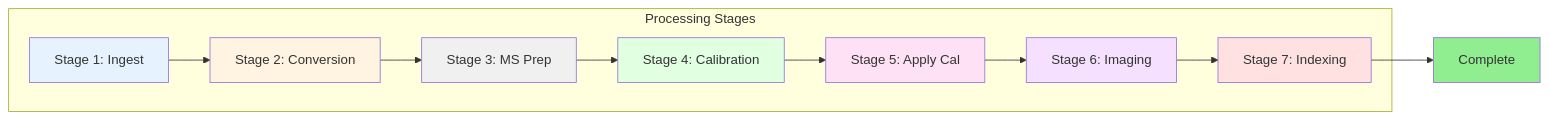
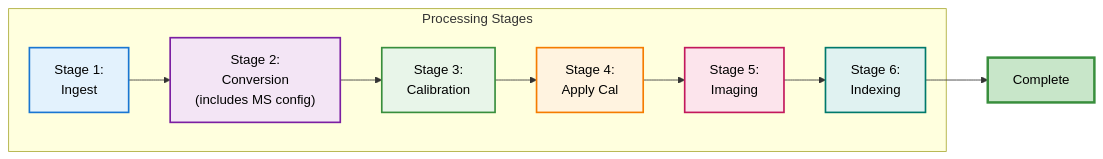
The tenth of 12 diagrams in docs/concepts/pipeline_workflow_visualization.md (dsa110/dsa110-contimg), drawn with Mermaid before and after one commit. The commit also changed other lines of this file and 423 other files, not shown here.

````diff
--- a/docs/concepts/pipeline_workflow_visualization.md
+++ b/docs/concepts/pipeline_workflow_visualization.md
@@ -535,29 +519,26 @@
 ```mermaid
 flowchart LR
-    subgraph STAGES["Processing Stages"]
-        S1[Stage 1: Ingest]
-        S2[Stage 2: Conversion]
-        S3[Stage 3: MS Prep]
-        S4[Stage 4: Calibration]
-        S5[Stage 5: Apply Cal]
-        S6[Stage 6: Imaging]
-        S7[Stage 7: Indexing]
-    end
-    
-    S1 --> S2
-    S2 --> S3
-    S3 --> S4
-    S4 --> S5
-    S5 --> S6
-    S6 --> S7
-    S7 --> Done[Complete]
-    
-    style S1 fill:#E6F3FF
-    style S2 fill:#FFF4E1
-    style S3 fill:#F0F0F0
-    style S4 fill:#E1FFE1
-    style S5 fill:#FFE1F5
-    style S6 fill:#F5E1FF
-    style S7 fill:#FFE1E1
-    style Done fill:#90EE90
+ subgraph STAGES["Processing Stages"]
+ S1["Stage 1:<br/>Ingest"]
+ S2["Stage 2:<br/>Conversion<br/>(includes MS config)"]
+ S3["Stage 3:<br/>Calibration"]
+ S4["Stage 4:<br/>Apply Cal"]
+ S5["Stage 5:<br/>Imaging"]
+ S6["Stage 6:<br/>Indexing"]
+ end
+ 
+ S1 --> S2
+ S2 --> S3
+ S3 --> S4
+ S4 --> S5
+ S5 --> S6
+ S6 --> Done["Complete"]
+ 
+ style S1 fill:#E3F2FD,stroke:#1976D2,stroke-width:2px,color:#000
+ style S2 fill:#F3E5F5,stroke:#7B1FA2,stroke-width:2px,color:#000
+ style S3 fill:#E8F5E9,stroke:#388E3C,stroke-width:2px,color:#000
+ style S4 fill:#FFF3E0,stroke:#F57C00,stroke-width:2px,color:#000
+ style S5 fill:#FCE4EC,stroke:#C2185B,stroke-width:2px,color:#000
+ style S6 fill:#E0F2F1,stroke:#00796B,stroke-width:2px,color:#000
+ style Done fill:#C8E6C9,stroke:#388E3C,stroke-width:3px,color:#000
 ```
````
